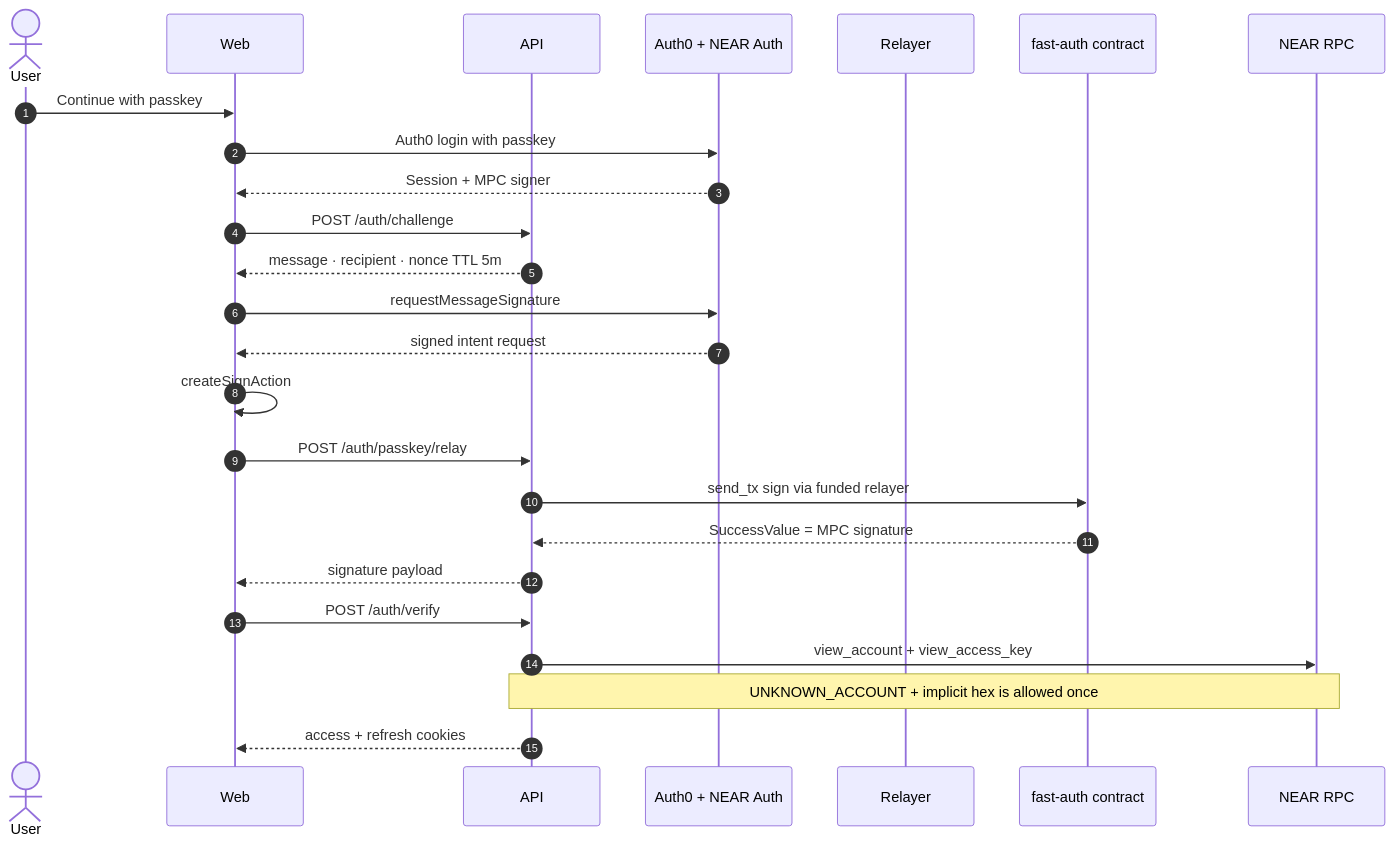
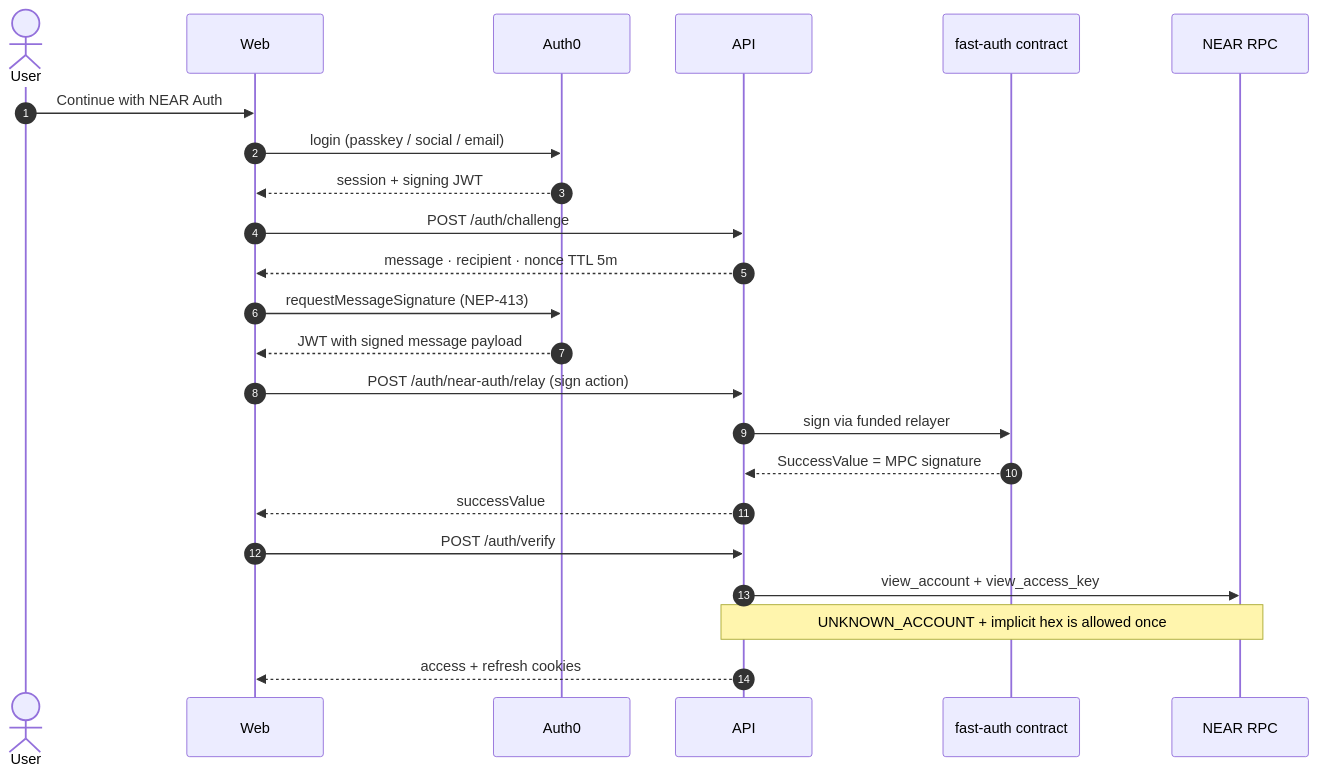
One commit to cryingraven/keiz-platform changed the fourth of 15 diagrams in docs/architecture.md. Above: the diagram before and after it, drawn with Mermaid. The commit also changed other lines of this file and 85 other files, not shown here.

````diff
--- a/docs/architecture.md
+++ b/docs/architecture.md
@@ -155,28 +156,26 @@
 ```mermaid
 sequenceDiagram
   autonumber
   actor U as User
   participant W as Web
+  participant N as Auth0
   participant A as API
-  participant N as Auth0 + NEAR Auth
-  participant R as Relayer
   participant F as fast-auth contract
   participant P as NEAR RPC
 
-  U->>W: Continue with passkey
-  W->>N: Auth0 login with passkey
-  N-->>W: Session + MPC signer
+  U->>W: Continue with NEAR Auth
+  W->>N: login (passkey / social / email)
+  N-->>W: session + signing JWT
   W->>A: POST /auth/challenge
   A-->>W: message · recipient · nonce TTL 5m
-  W->>N: requestMessageSignature
-  N-->>W: signed intent request
-  W->>W: createSignAction
-  W->>A: POST /auth/passkey/relay
-  A->>F: send_tx sign via funded relayer
+  W->>N: requestMessageSignature (NEP-413)
+  N-->>W: JWT with signed message payload
+  W->>A: POST /auth/near-auth/relay (sign action)
+  A->>F: sign via funded relayer
   F-->>A: SuccessValue = MPC signature
-  A-->>W: signature payload
+  A-->>W: successValue
   W->>A: POST /auth/verify
   A->>P: view_account + view_access_key
   Note over A,P: UNKNOWN_ACCOUNT + implicit hex is allowed once
   A-->>W: access + refresh cookies
 ```
````
